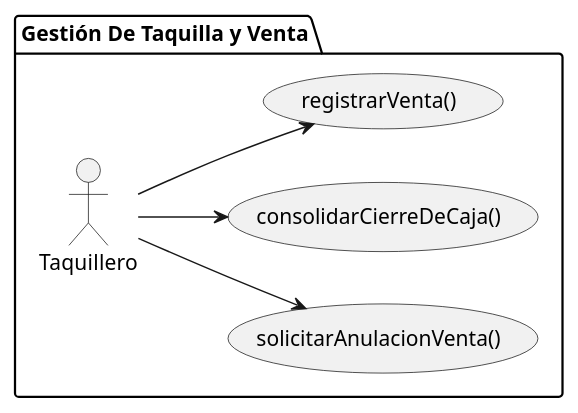
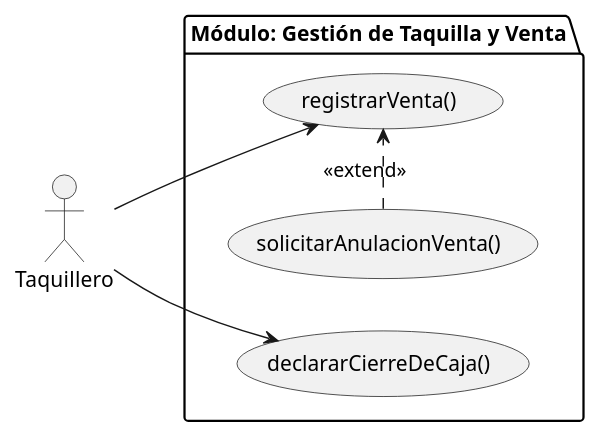
The diagram in UML/00-requisitos/01-actores-casosDeUso/00-actores/Taquillero/DdCdU-taquillero.puml (aeRomeroz/pyTicketing), drawn with PlantUML before and after one commit. The commit also changed 14 other files, not shown here.

First line of the commit message:
refactor(casos-de-uso): estandarizar diagramas de casos de uso y relaciones UML

```diff
--- a/UML/00-requisitos/01-actores-casosDeUso/00-actores/Taquillero/DdCdU-taquillero.puml
+++ b/UML/00-requisitos/01-actores-casosDeUso/00-actores/Taquillero/DdCdU-taquillero.puml
@@ -1,20 +1,18 @@
-@startuml diagrama-casos-uso-taquillero
+@startuml DdCdU-taquillero
 
 left to right direction
 
-package "Gestión De Taquilla y Venta" {
+actor "Taquillero" as taquillero
 
-    actor "Taquillero" as taquillero
-
+package "Módulo: Gestión de Taquilla y Venta" {
+    usecase registrarVenta as "registrarVenta()"
     usecase solicitarAnulacionVenta as "solicitarAnulacionVenta()"
-    usecase consolidarCierreDeCaja as "consolidarCierreDeCaja()"
-    usecase registrarVenta as "registrarVenta()"
- 
+    usecase declararCierreDeCaja as "declararCierreDeCaja()"
 }
 
-taquillero --> solicitarAnulacionVenta
-taquillero --> consolidarCierreDeCaja
 taquillero --> registrarVenta
+taquillero --> declararCierreDeCaja
 
+solicitarAnulacionVenta .> registrarVenta : <<extend>>
 
 @enduml
```
